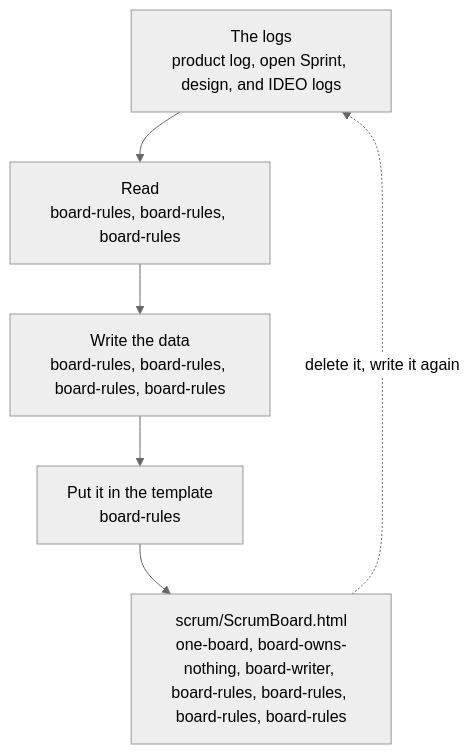
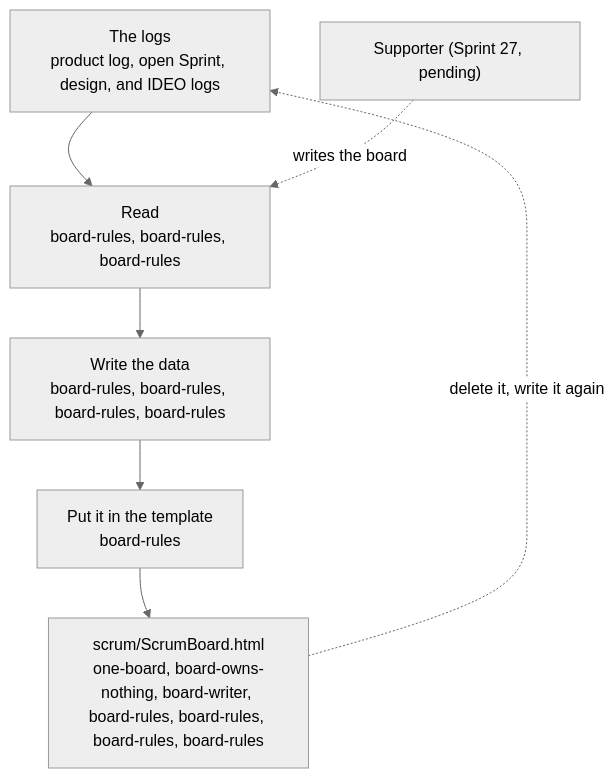
One commit to seapawn1/IDEO-Scrum changed the sixth of 6 diagrams in scrum/sprint-26-plugin-memory/memory-draft/long/flow-maps.md. Above: the diagram before and after it, drawn with Mermaid (neutral theme). The commit also changed other lines of this file and 4 other files, not shown here.

Commit message:
Sprint 26：Master 审定大纲（P5–P7 记进 2.2，行 3、行 5 标 ✓）；flow-maps 的整体流程图与看板图加 Supporter 节点（待 27）；大纲示范标旧规矩出处；载体测试加软门（空闲内存 <3 GB 时一次只跑一个会话）；第 4 章记正式测开跑

````diff
--- a/scrum/sprint-26-plugin-memory/memory-draft/long/flow-maps.md
+++ b/scrum/sprint-26-plugin-memory/memory-draft/long/flow-maps.md
@@ -98,8 +101,9 @@
 ```mermaid
 flowchart TD
     L["The logs<br/>product log, open Sprint, design, and IDEO logs"] --> R["Read<br/>board-rules, board-rules, board-rules"]
     R --> D["Write the data<br/>board-rules, board-rules, board-rules, board-rules"]
     D --> G["Put it in the template<br/>board-rules"]
     G --> B["scrum/ScrumBoard.html<br/>one-board, board-owns-nothing, board-writer, board-rules, board-rules, board-rules, board-rules"]
     B -. "delete it, write it again" .-> L
+    SU["Supporter (Sprint 27, pending)"] -. "writes the board" .-> R
 ```
````
